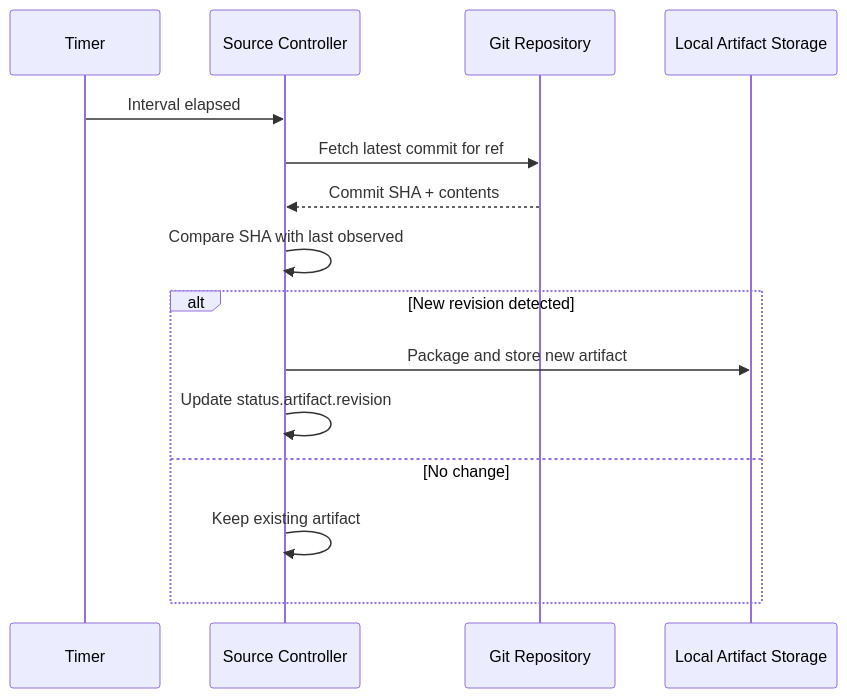
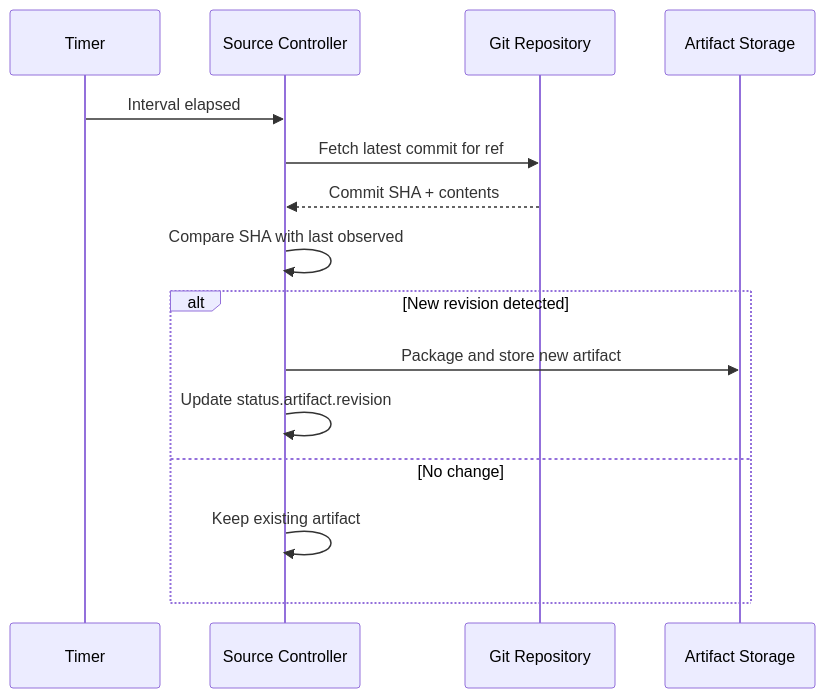
The second of 3 diagrams in posts/2026-03-05-flux-cd-reconciliation-loop/README.md (OneUptime/blog), drawn with Mermaid before and after one commit. The commit also changed other lines of this file and 2 other files, not shown here.

````diff
--- a/posts/2026-03-05-flux-cd-reconciliation-loop/README.md
+++ b/posts/2026-03-05-flux-cd-reconciliation-loop/README.md
@@ -67,18 +68,18 @@
 ```mermaid
 sequenceDiagram
     participant Timer
     participant SourceCtrl as Source Controller
     participant Git as Git Repository
-    participant Storage as Local Artifact Storage
+    participant Storage as Artifact Storage
 
     Timer->>SourceCtrl: Interval elapsed
     SourceCtrl->>Git: Fetch latest commit for ref
     Git-->>SourceCtrl: Commit SHA + contents
     SourceCtrl->>SourceCtrl: Compare SHA with last observed
     alt New revision detected
         SourceCtrl->>Storage: Package and store new artifact
         SourceCtrl->>SourceCtrl: Update status.artifact.revision
     else No change
         SourceCtrl->>SourceCtrl: Keep existing artifact
     end
 ```
````
